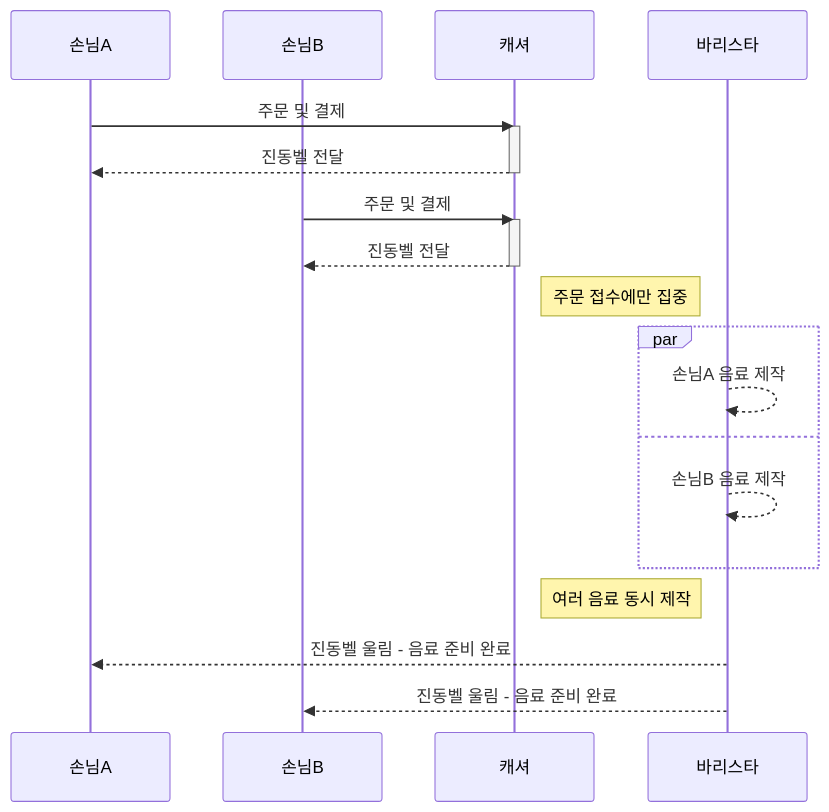
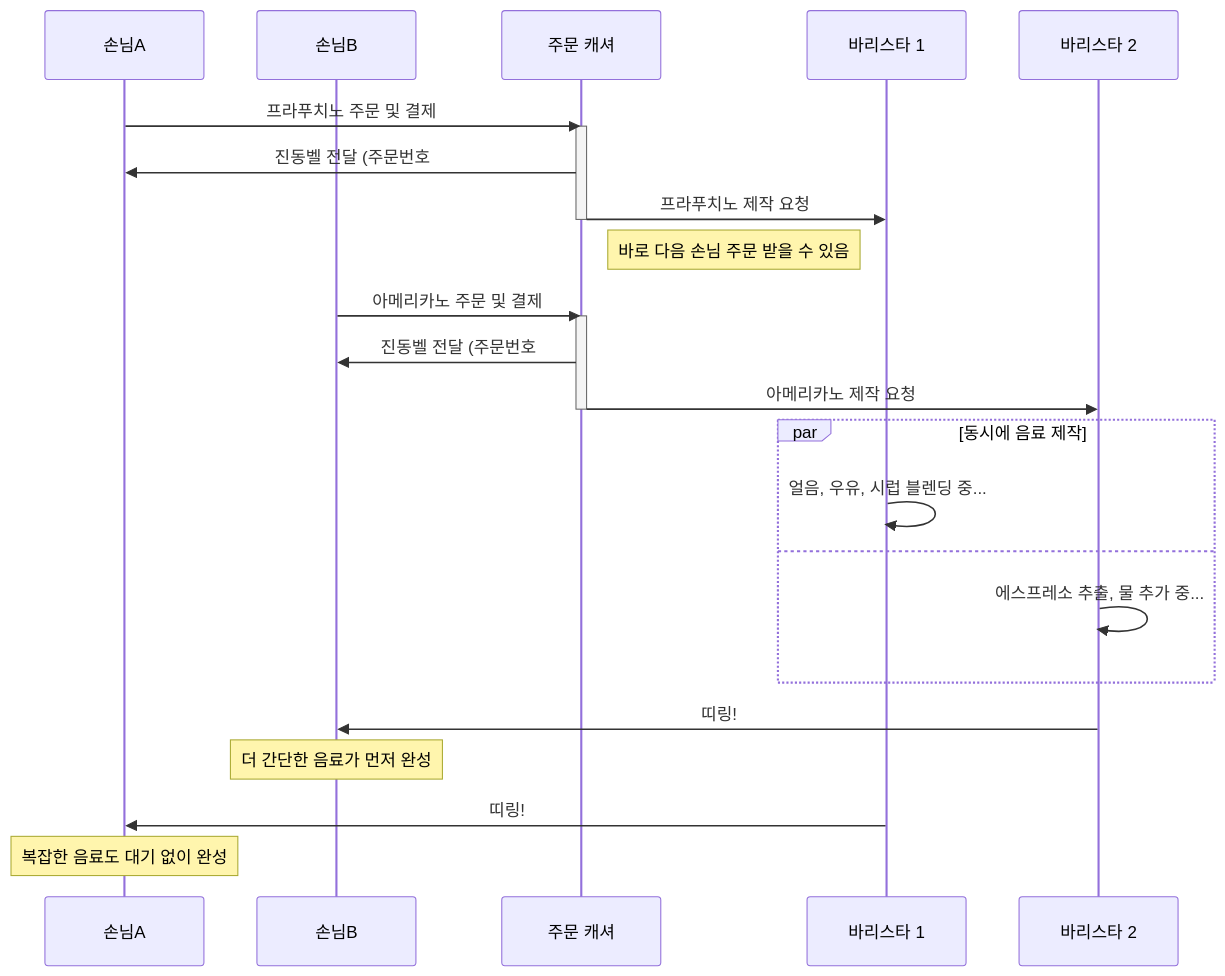
The second of 2 diagrams in _posts/2025-07-30-Node.js-소개.md (Blue-B/Blue-B.github.io), drawn with Mermaid before and after one commit. The commit also changed other lines of this file, not shown here.

Commit message:
feat: node.js 포스트 mermaid 다이어그램 한글 개선

````diff
--- a/_posts/2025-07-30-Node.js-소개.md
+++ b/_posts/2025-07-30-Node.js-소개.md
@@ -66,30 +71,34 @@
 ```mermaid
 sequenceDiagram
     participant 손님A
     participant 손님B
-    participant 캐셔
-    participant 바리스타
+    participant 캐셔 as 주문 캐셔
+    participant 바리스타1 as 바리스타 1
+    participant 바리스타2 as 바리스타 2
 
-    손님A->>캐셔: 주문 및 결제
+    손님A->>캐셔: 프라푸치노 주문 및 결제
     activate 캐셔
-    캐셔-->>손님A: 진동벨 전달
+    캐셔->>손님A: 진동벨 전달 (주문번호 #152)
+    캐셔->>바리스타1: 프라푸치노 제작 요청
     deactivate 캐셔
 
-    손님B->>캐셔: 주문 및 결제
+    note right of 캐셔: 바로 다음 손님 주문 받을 수 있음
+
+    손님B->>캐셔: 아메리카노 주문 및 결제  
     activate 캐셔
-    캐셔-->>손님B: 진동벨 전달
+    캐셔->>손님B: 진동벨 전달 (주문번호 #153)
+    캐셔->>바리스타2: 아메리카노 제작 요청
     deactivate 캐셔
 
-    note right of 캐셔: 주문 접수에만 집중
-
-    par
-        바리스타-->>바리스타: 손님A 음료 제작
+    par 동시에 음료 제작
+        바리스타1->>바리스타1: 얼음, 우유, 시럽 블렌딩 중...
     and
-        바리스타-->>바리스타: 손님B 음료 제작
+        바리스타2->>바리스타2: 에스프레소 추출, 물 추가 중...
     end
 
-    note left of 바리스타: 여러 음료 동시 제작
-
-    바리스타-->>손님A: 진동벨 울림 - 음료 준비 완료
-    바리스타-->>손님B: 진동벨 울림 - 음료 준비 완료
+    바리스타2->>손님B: 띠링! #153 아메리카노 완성
+    note over 손님B: 더 간단한 음료가 먼저 완성
+    
+    바리스타1->>손님A: 띠링! #152 프라푸치노 완성  
+    note over 손님A: 복잡한 음료도 대기 없이 완성
 ```
````
